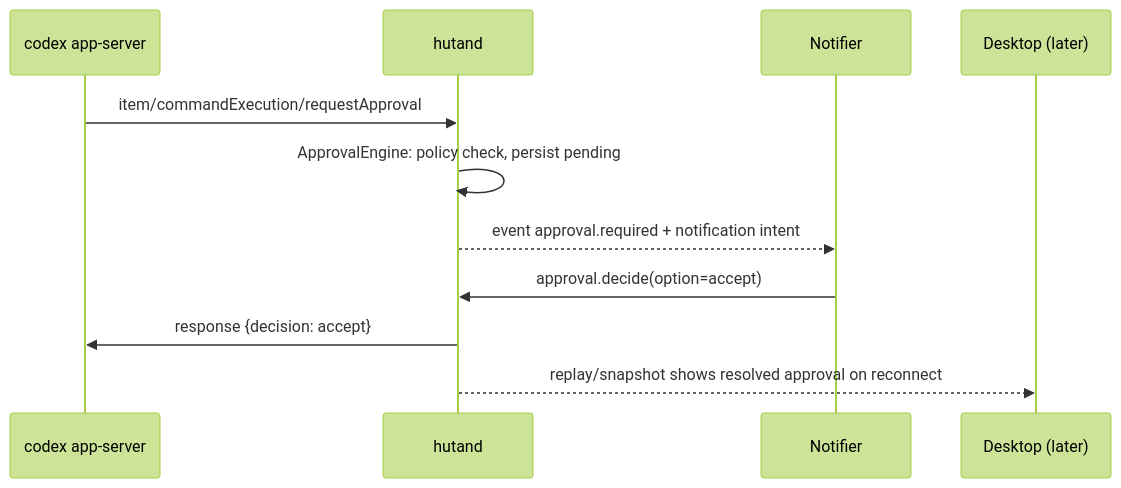
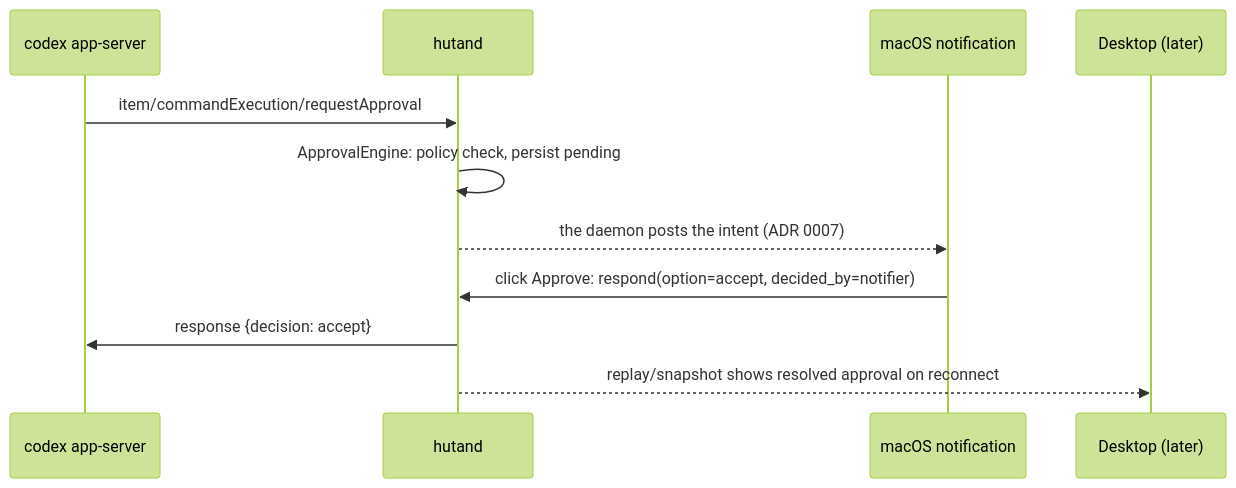
Before and after one commit to robertt3kuk/heeler: the sixth of 6 diagrams in docs/architecture.md, drawn with Mermaid (forest theme). The commit also changed other lines of this file and 17 other files, not shown here.

````diff
--- a/docs/architecture.md
+++ b/docs/architecture.md
@@ -159,13 +156,13 @@
 ```mermaid
 sequenceDiagram
   participant A as codex app-server
   participant D as hutand
-  participant N as Notifier
+  participant N as macOS notification
   participant UI as Desktop (later)
   A->>D: item/commandExecution/requestApproval
   D->>D: ApprovalEngine: policy check, persist pending
-  D-->>N: event approval.required + notification intent
-  N->>D: approval.decide(option=accept)
+  D-->>N: the daemon posts the intent (ADR 0007)
+  N->>D: click Approve: respond(option=accept, decided_by=notifier)
   D->>A: response {decision: accept}
   D-->>UI: replay/snapshot shows resolved approval on reconnect
 ```
````
